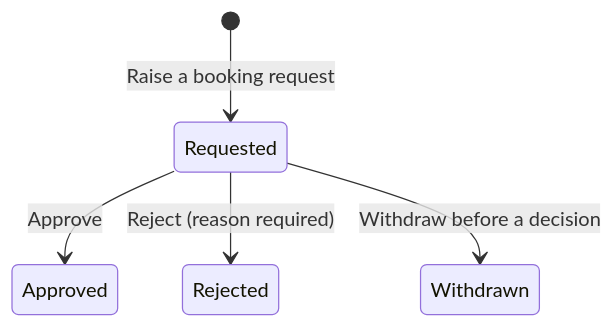
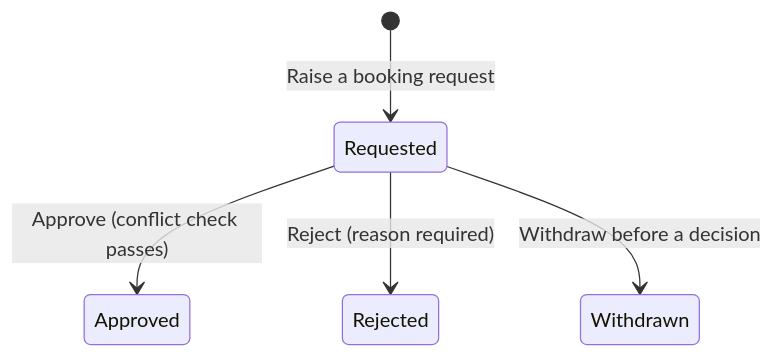
Before and after one commit to darrentiang/IS212-G5-T1: the second of 5 diagrams in docs/design/state-model.md, drawn with Mermaid. The commit also changed other lines of this file and 11 other files, not shown here.

````diff
--- a/docs/design/state-model.md
+++ b/docs/design/state-model.md
@@ -59,7 +60,7 @@
 ```mermaid
 stateDiagram-v2
     [*] --> Requested: Raise a booking request
-    Requested --> Approved: Approve
+    Requested --> Approved: Approve (conflict check passes)
     Requested --> Rejected: Reject (reason required)
     Requested --> Withdrawn: Withdraw before a decision
 ```
````
